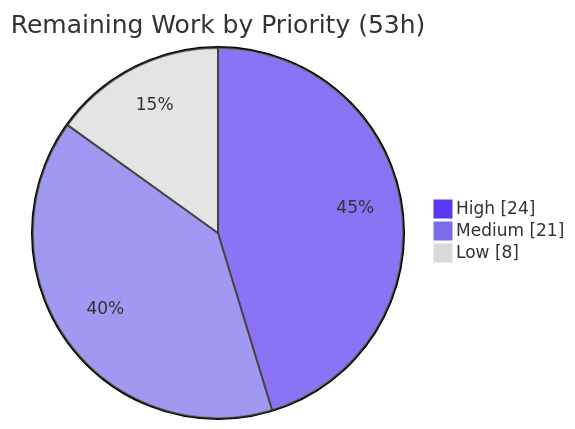
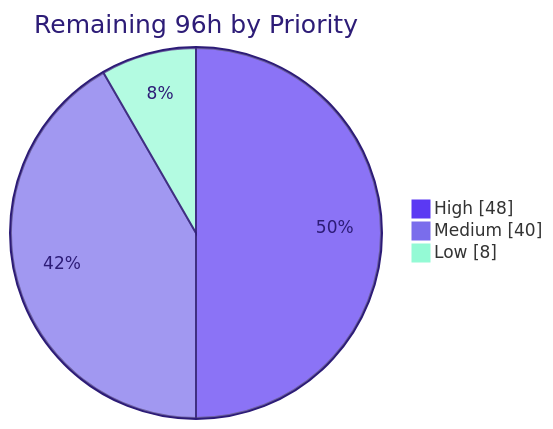
One commit to Blitzy-Sandbox/blitzy-zlib changed the third of 4 diagrams in blitzy/documentation/Project Guide.md. Above: the diagram before and after it, drawn with Mermaid. The commit also changed other lines of this file, not shown here.

Commit message:
Adding Blitzy Project Guide: Project Status and Human Tasks Remaining

````diff
--- a/blitzy/documentation/Project Guide.md
+++ b/blitzy/documentation/Project Guide.md
@@ -212,7 +231,7 @@
 ```mermaid
-%%{init: {'theme':'base','themeVariables':{'pie1':'#5B39F3','pie2':'#7A6DEC','pie3':'#D9D9D9','pieSectionTextColor':'#333333','pieStrokeColor':'#333333'}}}%%
-pie showData title Remaining Work by Priority (53h)
-    "High" : 24
-    "Medium" : 21
+%%{init: {'theme':'base', 'themeVariables': {'pie1':'#5B39F3','pie2':'#7A6DEC','pie3':'#94FAD5','pieStrokeColor':'#2D1C77','pieOuterStrokeColor':'#2D1C77','pieStrokeWidth':'2px','pieOuterStrokeWidth':'2px','pieTitleTextColor':'#2D1C77','pieSectionTextColor':'#2D1C77','pieLegendTextColor':'#333333'}}}%%
+pie showData title Remaining 96h by Priority
+    "High" : 48
+    "Medium" : 40
     "Low" : 8
 ```
````
